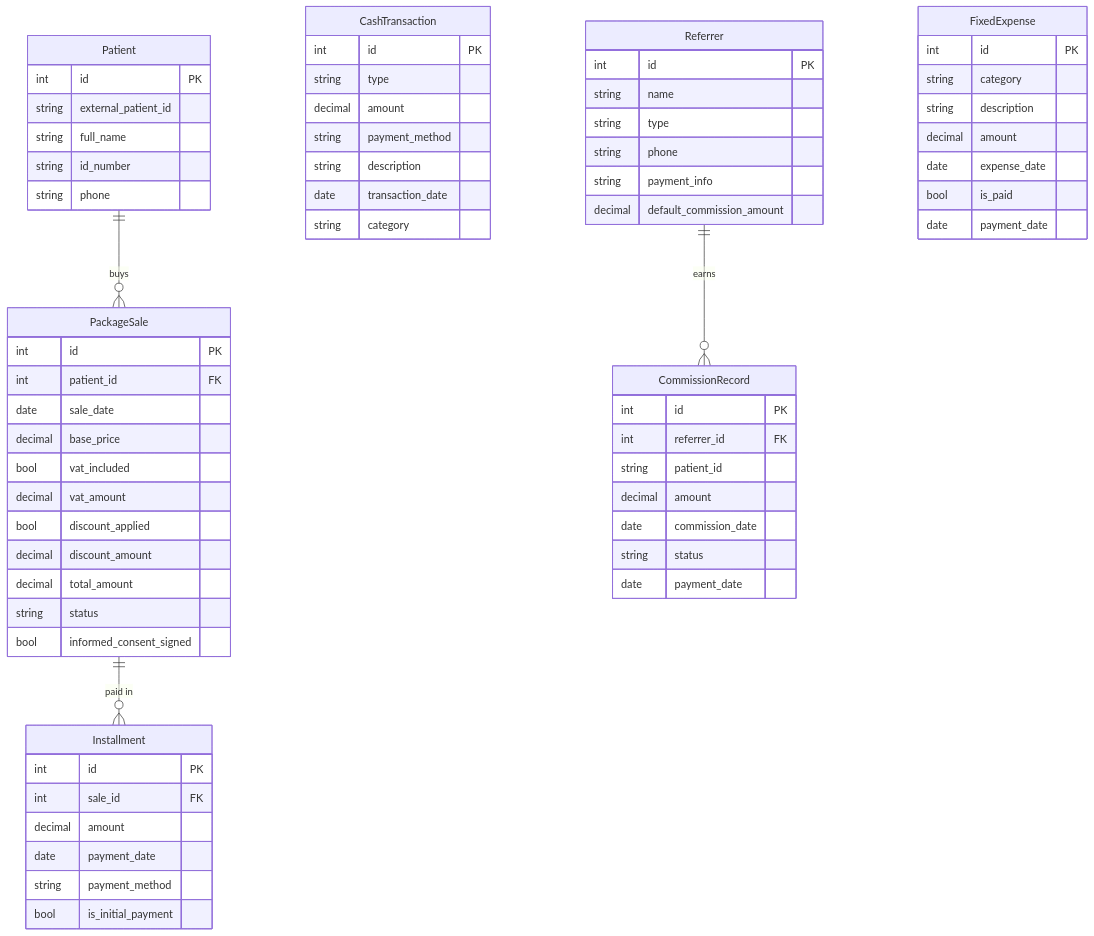
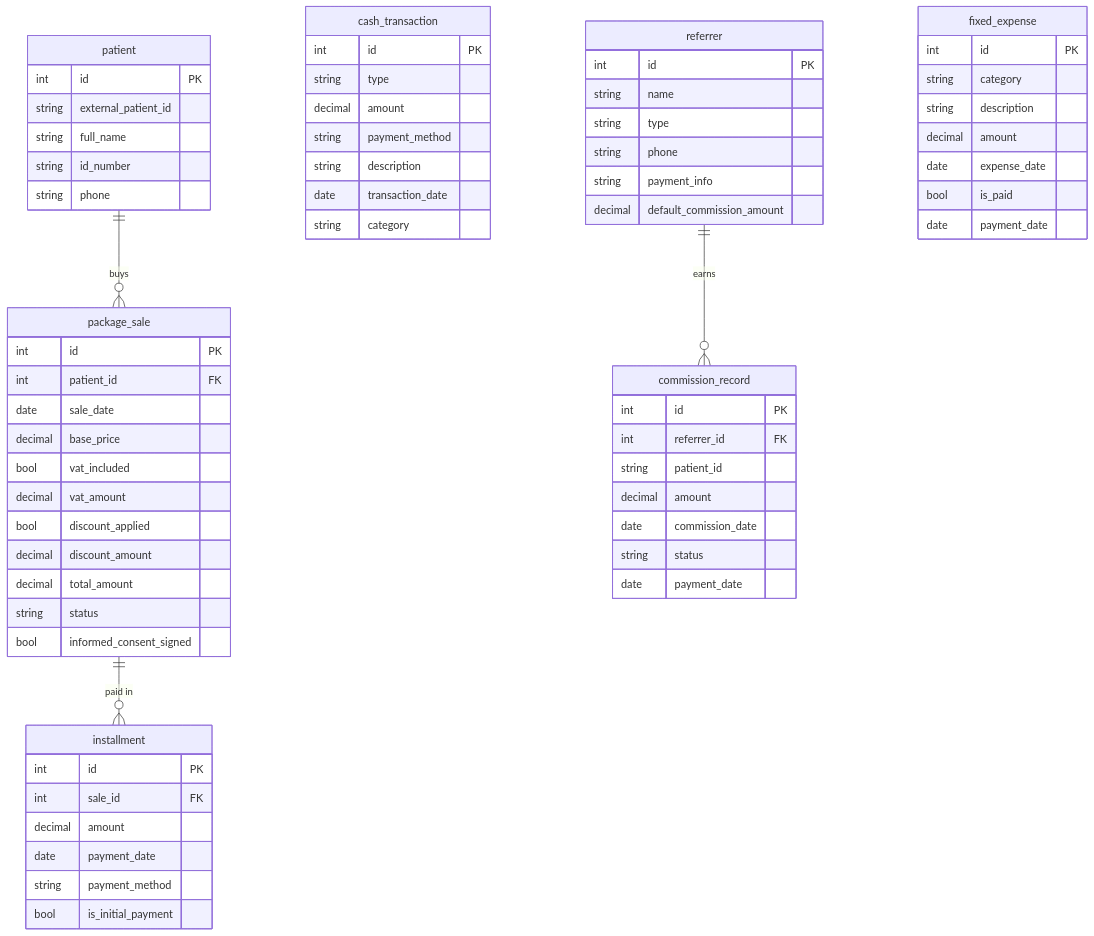
One commit to KODA-pe/architecture-docs changed the diagram in databases/payment-service-db.md. Above: the diagram before and after it, drawn with Mermaid.

Commit message:
fix: use snake case convention

````diff
--- a/databases/payment-service-db.md
+++ b/databases/payment-service-db.md
@@ -1,77 +1,77 @@
 ```mermaid
 erDiagram
-    Patient {
+    patient {
         int id PK
         string external_patient_id
         string full_name
         string id_number
         string phone
     }
 
-    CashTransaction {
+    cash_transaction {
         int id PK
         string type
         decimal amount
         string payment_method
         string description
         date transaction_date
         string category
     }
 
-    PackageSale {
+    package_sale {
         int id PK
         int patient_id FK
         date sale_date
         decimal base_price
         bool vat_included
         decimal vat_amount
         bool discount_applied
         decimal discount_amount
         decimal total_amount
         string status
         bool informed_consent_signed
     }
 
-    Installment {
+    installment {
         int id PK
         int sale_id FK
         decimal amount
         date payment_date
         string payment_method
         bool is_initial_payment
     }
 
-    Referrer {
+    referrer {
         int id PK
         string name
         string type
         string phone
         string payment_info
         decimal default_commission_amount
     }
 
-    CommissionRecord {
+    commission_record {
         int id PK
         int referrer_id FK
         string patient_id
         decimal amount
         date commission_date
         string status
         date payment_date
     }
 
-    FixedExpense {
+    fixed_expense {
         int id PK
         string category
         string description
         decimal amount
         date expense_date
         bool is_paid
         date payment_date
     }
 
-    Patient ||--o{ PackageSale : "buys"
-    PackageSale ||--o{ Installment : "paid in"
-    Referrer ||--o{ CommissionRecord : "earns"
+    patient ||--o{ package_sale : "buys"
+    package_sale ||--o{ installment : "paid in"
+    referrer ||--o{ commission_record : "earns"
 
 ```
````
